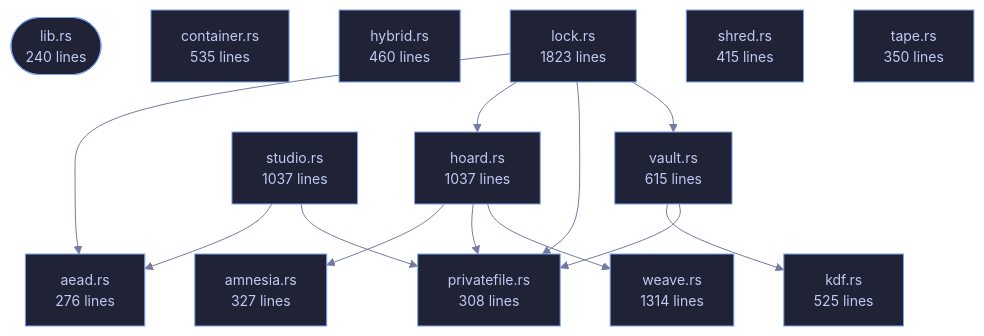
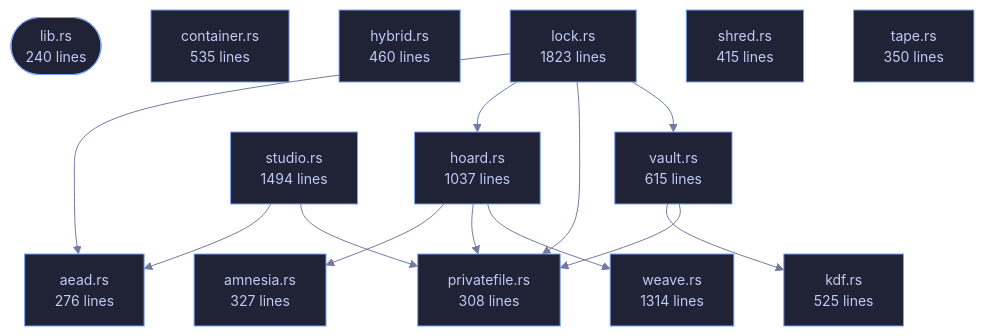
The diagram in crates/veilvoice-crypto/README.md (tilas01/veilvoice), drawn with Mermaid before and after one commit. The commit also changed other lines of this file and 83 other files, not shown here.

````diff
--- a/crates/veilvoice-crypto/README.md
+++ b/crates/veilvoice-crypto/README.md
@@ -108,43 +108,43 @@
 ```mermaid
 %%{init: {"theme":"base","themeVariables":{"background":"#1a1b26","primaryColor":"#1f2335","primaryTextColor":"#c0caf5","primaryBorderColor":"#7aa2f7","secondaryColor":"#16161e","tertiaryColor":"#16161e","lineColor":"#737aa2","textColor":"#c0caf5","mainBkg":"#1f2335","nodeBorder":"#7aa2f7","clusterBkg":"#16161e","clusterBorder":"#2f3549","fontFamily":"ui-monospace, SFMono-Regular, Consolas, monospace","fontSize":"14px"}}}%%
 flowchart TD
     n_lib(["lib.rs<br/>240 lines"])
     n_aead["aead.rs<br/>276 lines"]
     n_amnesia["amnesia.rs<br/>327 lines"]
     n_container["container.rs<br/>535 lines"]
     n_hoard["hoard.rs<br/>1037 lines"]
     n_hybrid["hybrid.rs<br/>460 lines"]
     n_kdf["kdf.rs<br/>525 lines"]
     n_lock["lock.rs<br/>1823 lines"]
     n_privatefile["privatefile.rs<br/>308 lines"]
     n_shred["shred.rs<br/>415 lines"]
-    n_studio["studio.rs<br/>1037 lines"]
+    n_studio["studio.rs<br/>1494 lines"]
     n_tape["tape.rs<br/>350 lines"]
     n_vault["vault.rs<br/>615 lines"]
     n_weave["weave.rs<br/>1314 lines"]
     n_hoard --> n_amnesia
     n_hoard --> n_privatefile
     n_hoard --> n_weave
     n_lock --> n_aead
     n_lock --> n_hoard
     n_lock --> n_privatefile
     n_lock --> n_vault
     n_studio --> n_aead
     n_studio --> n_privatefile
     n_vault --> n_kdf
     n_vault --> n_privatefile
     click n_lib href "https://github.com/tilas01/veilvoice/blob/main/crates/veilvoice-crypto/src/lib.rs" "open the source"
     click n_aead href "https://github.com/tilas01/veilvoice/blob/main/crates/veilvoice-crypto/src/aead.rs" "open the source"
     click n_amnesia href "https://github.com/tilas01/veilvoice/blob/main/crates/veilvoice-crypto/src/amnesia.rs" "open the source"
     click n_container href "https://github.com/tilas01/veilvoice/blob/main/crates/veilvoice-crypto/src/container.rs" "open the source"
     click n_hoard href "https://github.com/tilas01/veilvoice/blob/main/crates/veilvoice-crypto/src/hoard.rs" "open the source"
     click n_hybrid href "https://github.com/tilas01/veilvoice/blob/main/crates/veilvoice-crypto/src/hybrid.rs" "open the source"
     click n_kdf href "https://github.com/tilas01/veilvoice/blob/main/crates/veilvoice-crypto/src/kdf.rs" "open the source"
     click n_lock href "https://github.com/tilas01/veilvoice/blob/main/crates/veilvoice-crypto/src/lock.rs" "open the source"
     click n_privatefile href "https://github.com/tilas01/veilvoice/blob/main/crates/veilvoice-crypto/src/privatefile.rs" "open the source"
     click n_shred href "https://github.com/tilas01/veilvoice/blob/main/crates/veilvoice-crypto/src/shred.rs" "open the source"
     click n_studio href "https://github.com/tilas01/veilvoice/blob/main/crates/veilvoice-crypto/src/studio.rs" "open the source"
     click n_tape href "https://github.com/tilas01/veilvoice/blob/main/crates/veilvoice-crypto/src/tape.rs" "open the source"
     click n_vault href "https://github.com/tilas01/veilvoice/blob/main/crates/veilvoice-crypto/src/vault.rs" "open the source"
     click n_weave href "https://github.com/tilas01/veilvoice/blob/main/crates/veilvoice-crypto/src/weave.rs" "open the source"
 ```
````
